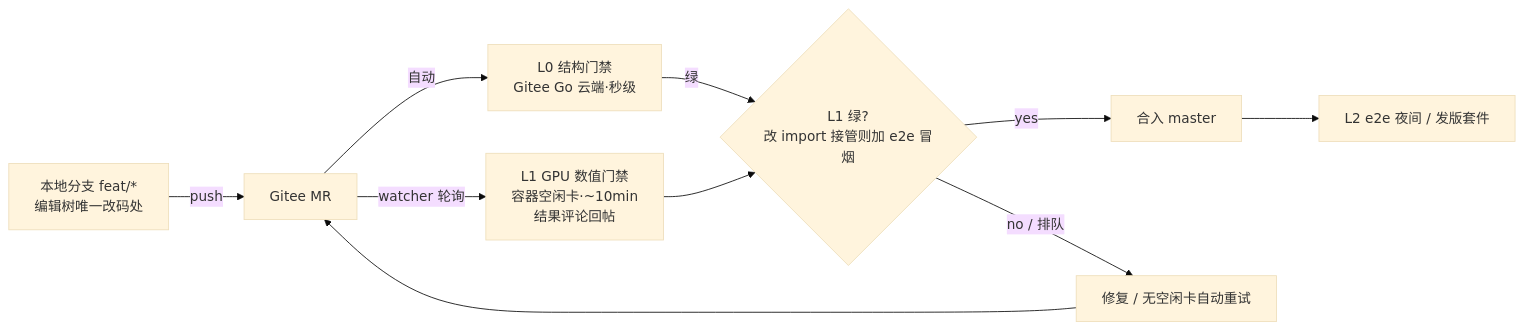
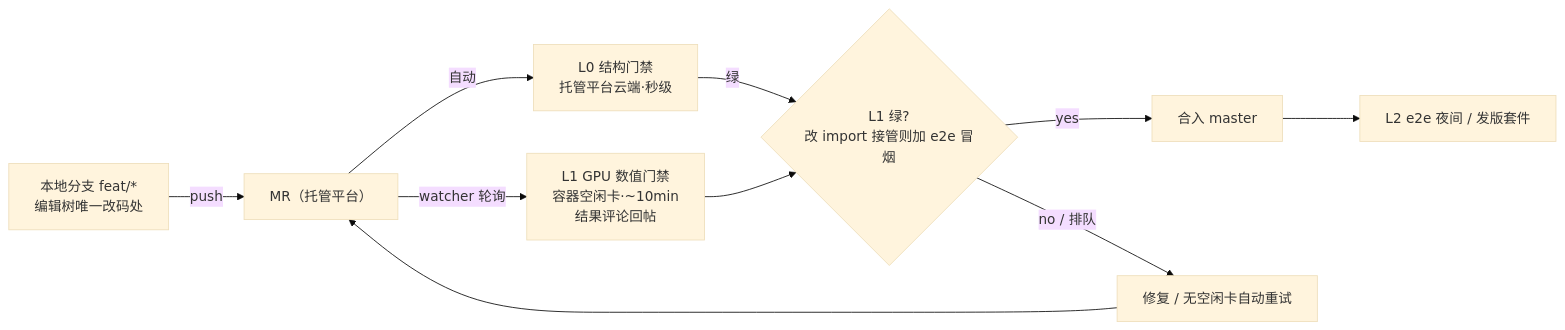
The second of 3 diagrams in docs/architecture.md (463975089/adapter-das), drawn with Mermaid (base theme) before and after one commit. The commit also changed other lines of this file and 240 other files, not shown here.

````diff
--- a/docs/architecture.md
+++ b/docs/architecture.md
@@ -267,12 +273,12 @@
 ```mermaid
 flowchart LR
-    DEV["本地分支 feat/*<br/>编辑树唯一改码处"] -->|"push"| MR["Gitee MR"]
-    MR -->|"自动"| L0["L0 结构门禁<br/>Gitee Go 云端·秒级"]
+    DEV["本地分支 feat/*<br/>编辑树唯一改码处"] -->|"push"| MR["MR（托管平台）"]
+    MR -->|"自动"| L0["L0 结构门禁<br/>托管平台云端·秒级"]
     MR -->|"watcher 轮询"| L1["L1 GPU 数值门禁<br/>容器空闲卡·~10min<br/>结果评论回帖"]
     L0 -->|"绿"| GATE{"L1 绿?<br/>改 import 接管则加 e2e 冒烟"}
     L1 --> GATE
     GATE -->|yes| MERGE["合入 master"]
     GATE -->|no / 排队| RETRY["修复 / 无空闲卡自动重试"]
     RETRY --> MR
     MERGE --> L2["L2 e2e 夜间 / 发版套件"]
 ```
````
